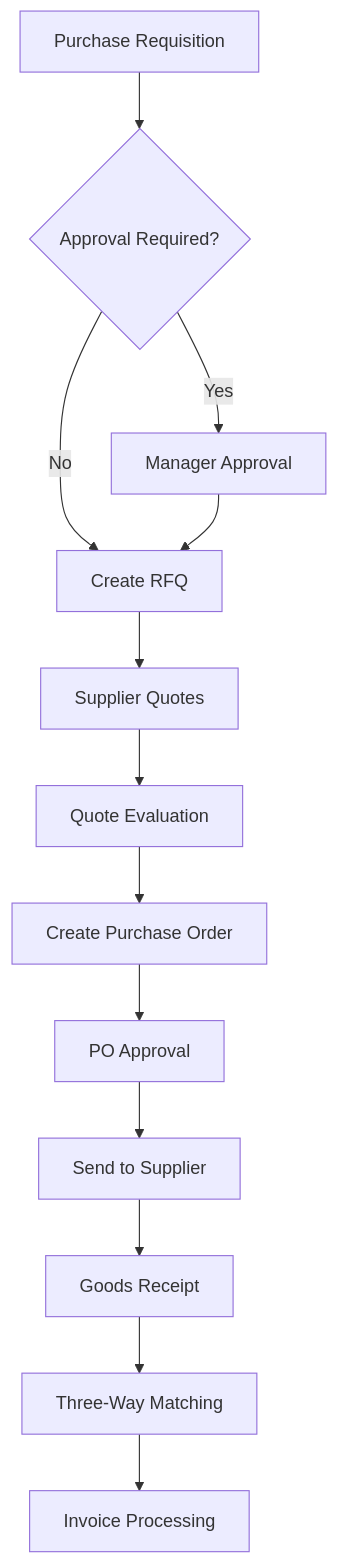
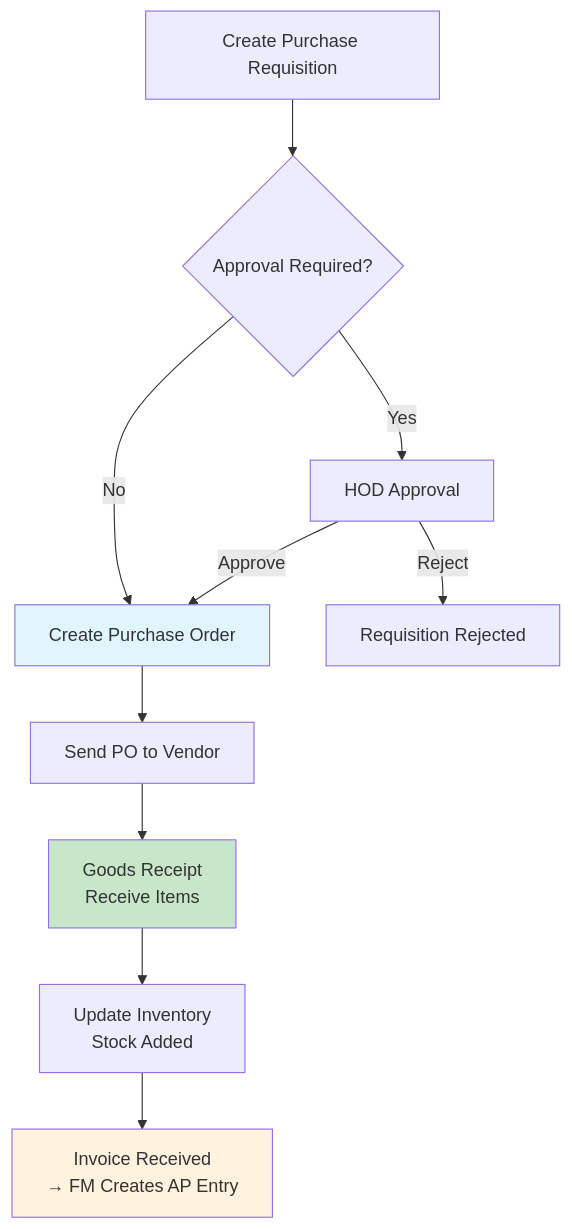
One commit to barbarnyarnyar/erp-system changed the second of 2 diagrams in documentation/modules/supply-chain-management/README.md. Above: the diagram before and after it, drawn with Mermaid. The commit also changed other lines of this file and 17 other files, not shown here.

````diff
--- a/documentation/modules/supply-chain-management/README.md
+++ b/documentation/modules/supply-chain-management/README.md
@@ -108,15 +205,16 @@
 ```mermaid
 flowchart TD
-    A[Purchase Requisition] --> B{Approval Required?}
-    B -->|Yes| C[Manager Approval]
-    B -->|No| D[Create RFQ]
-    C --> D
-    D --> E[Supplier Quotes]
-    E --> F[Quote Evaluation]
-    F --> G[Create Purchase Order]
-    G --> H[PO Approval]
-    H --> I[Send to Supplier]
-    I --> J[Goods Receipt]
-    J --> K[Three-Way Matching]
-    K --> L[Invoice Processing]
+    A[Create Purchase Requisition] --> B{Approval Required?}
+    B -->|Yes| C[HOD Approval]
+    B -->|No| D[Create Purchase Order]
+    C -->|Approve| D
+    C -->|Reject| E[Requisition Rejected]
+    D --> F[Send PO to Vendor]
+    F --> G[Goods Receipt<br/>Receive Items]
+    G --> H[Update Inventory<br/>Stock Added]
+    H --> I[Invoice Received<br/>→ FM Creates AP Entry]
+
+    style D fill:#e1f5fe
+    style G fill:#c8e6c9
+    style I fill:#fff3e0
 ```
````
